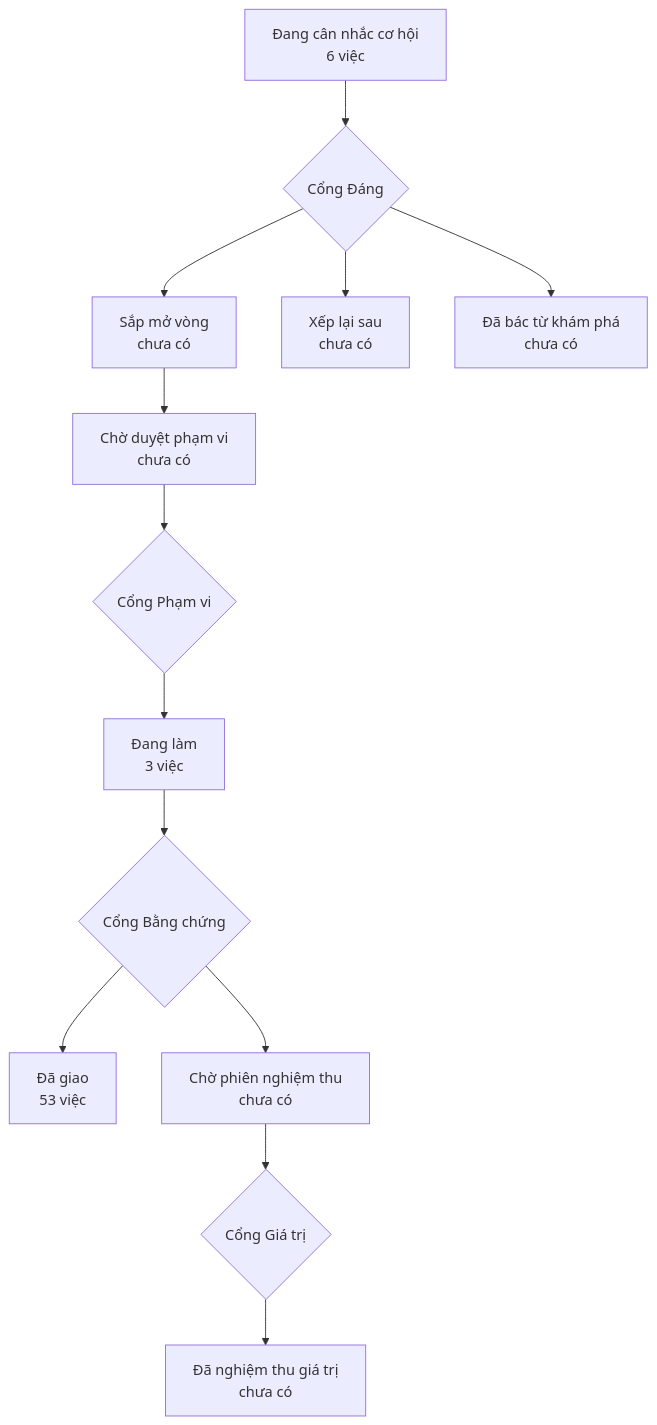
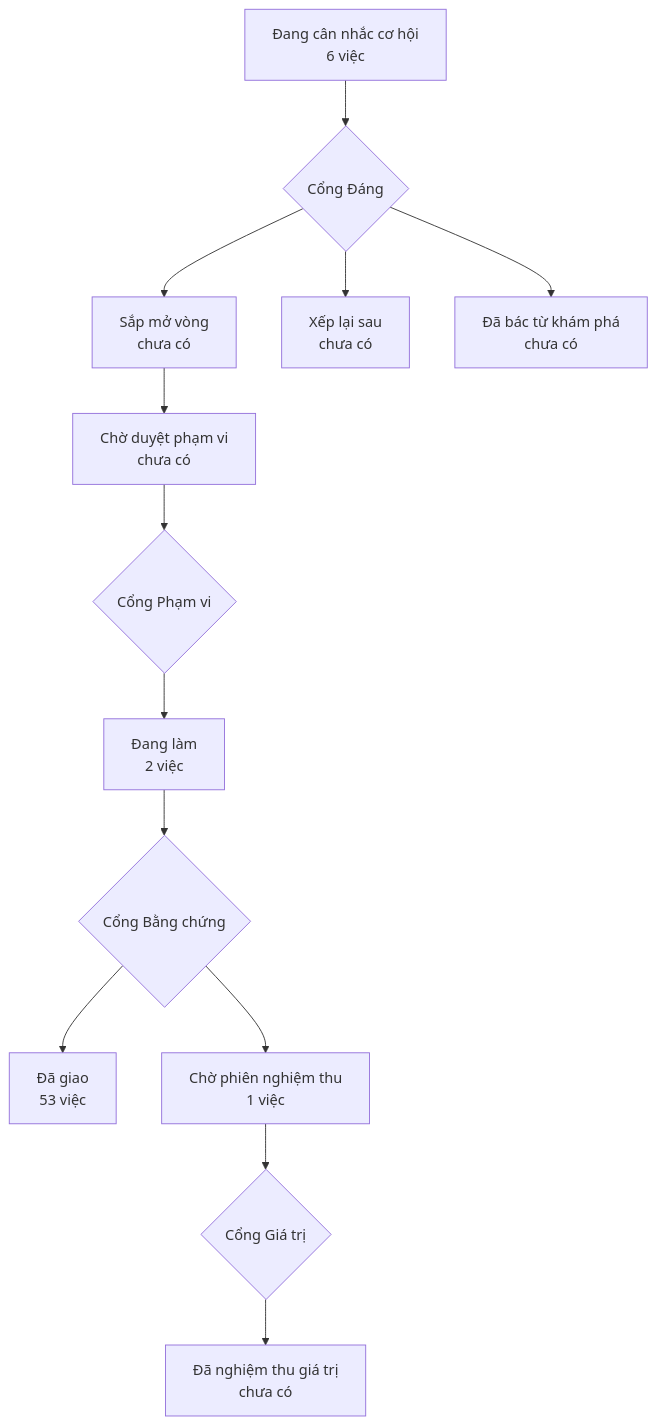
One commit to phanlemanh/acceptance-gate-kit changed the diagram in PRODUCT-MAP.md. Above: the diagram before and after it, drawn with Mermaid. The commit also changed other lines of this file and 3 other files, not shown here.

Commit message:
acceptance(duong-do-trong-dinh-nghia-xong): owner ký Cổng Bằng chứng 2026-08-22 — signed-off + bản đồ vẽ lại cùng lượt

````diff
--- a/PRODUCT-MAP.md
+++ b/PRODUCT-MAP.md
@@ -6,12 +6,12 @@
 ```mermaid
 flowchart TD
   A["Đang cân nhắc cơ hội<br/>6 việc"] --> GD{"Cổng Đáng"}
   GD --> B["Sắp mở vòng<br/>chưa có"]
   GD --> XL["Xếp lại sau<br/>chưa có"]
   GD --> DB["Đã bác từ khám phá<br/>chưa có"]
   B --> CD["Chờ duyệt phạm vi<br/>chưa có"] --> GP{"Cổng Phạm vi"}
-  GP --> DL["Đang làm<br/>3 việc"] --> GB{"Cổng Bằng chứng"}
+  GP --> DL["Đang làm<br/>2 việc"] --> GB{"Cổng Bằng chứng"}
   GB --> DG["Đã giao<br/>53 việc"]
-  GB --> CN["Chờ phiên nghiệm thu<br/>chưa có"] --> GG{"Cổng Giá trị"}
+  GB --> CN["Chờ phiên nghiệm thu<br/>1 việc"] --> GG{"Cổng Giá trị"}
   GG --> NT["Đã nghiệm thu giá trị<br/>chưa có"]
 ```
````
